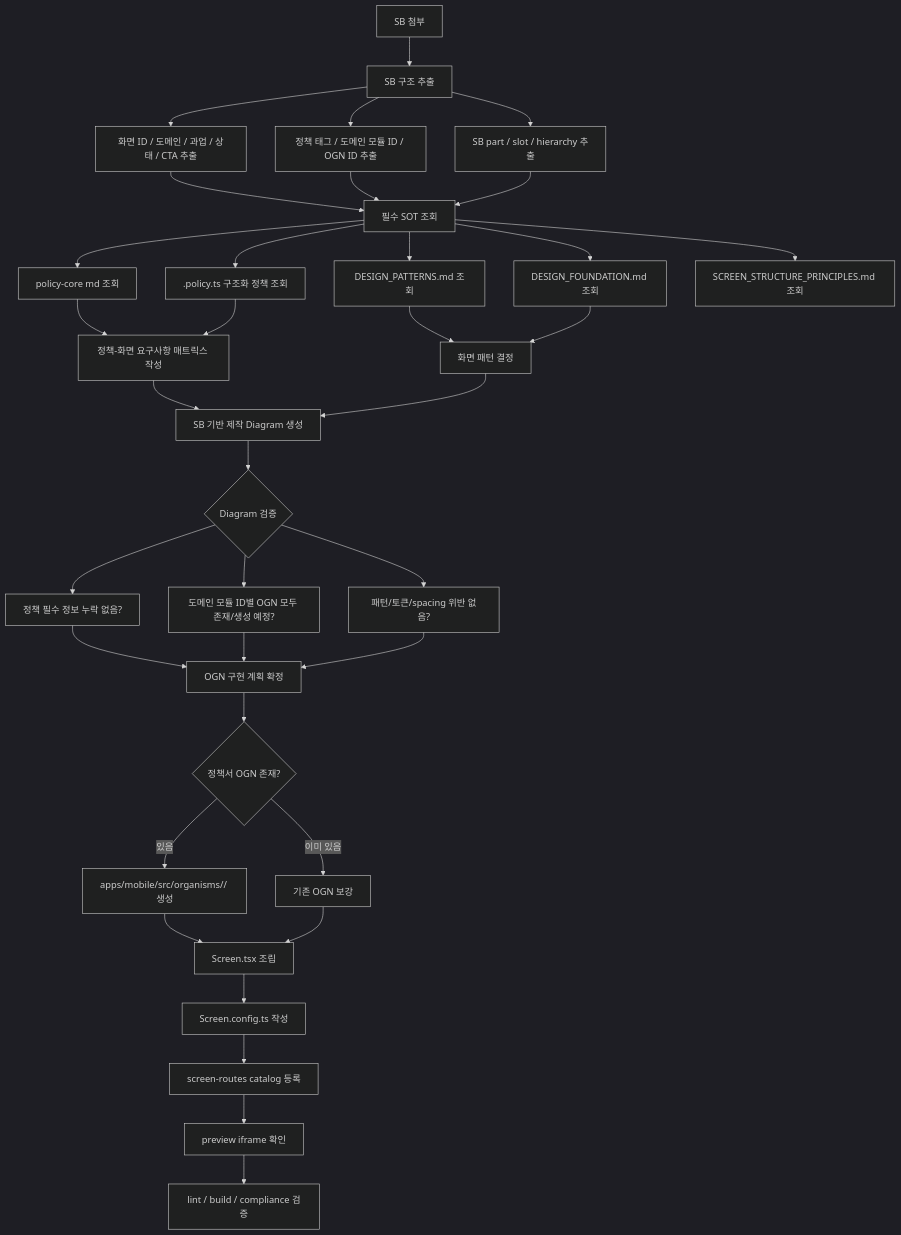
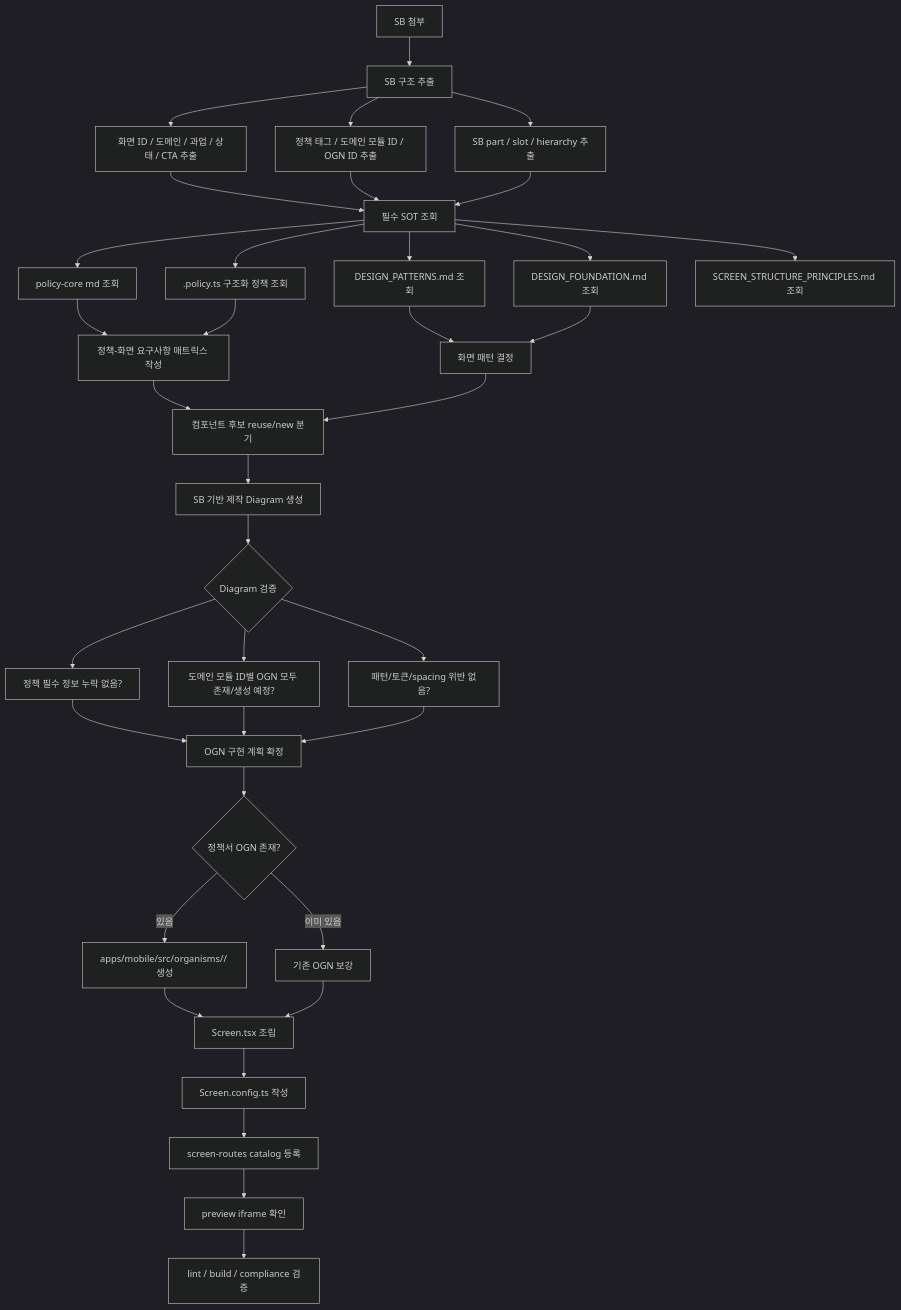
Before and after one commit to ewoooo/rnd-screen-to-screen: the diagram in SCREEN_GENERATION_FLOW.md, drawn with Mermaid (dark theme). The commit also changed other lines of this file and 24 other files, not shown here.

````diff
--- a/SCREEN_GENERATION_FLOW.md
+++ b/SCREEN_GENERATION_FLOW.md
@@ -7,46 +7,48 @@
 ```mermaid
 flowchart TD
     A["SB 첨부"] --> B["SB 구조 추출"]
     B --> B1["화면 ID / 도메인 / 과업 / 상태 / CTA 추출"]
     B --> B2["정책 태그 / 도메인 모듈 ID / OGN ID 추출"]
     B --> B3["SB part / slot / hierarchy 추출"]
 
     B1 --> C["필수 SOT 조회"]
     B2 --> C
     B3 --> C
 
     C --> C1["policy-core md 조회"]
     C --> C2[".policy.ts 구조화 정책 조회"]
     C --> C3["DESIGN_PATTERNS.md 조회"]
     C --> C4["DESIGN_FOUNDATION.md 조회"]
     C --> C5["SCREEN_STRUCTURE_PRINCIPLES.md 조회"]
 
     C1 --> D["정책-화면 요구사항 매트릭스 작성"]
     C2 --> D
     C3 --> E["화면 패턴 결정"]
     C4 --> E
 
-    D --> F["SB 기반 제작 Diagram 생성"]
-    E --> F
+    D --> E1["컴포넌트 후보 reuse/new 분기"]
+    E --> E1
+
+    E1 --> F["SB 기반 제작 Diagram 생성"]
 
     F --> G{"Diagram 검증"}
     G --> G1["정책 필수 정보 누락 없음?"]
     G --> G2["도메인 모듈 ID별 OGN 모두 존재/생성 예정?"]
     G --> G3["패턴/토큰/spacing 위반 없음?"]
 
     G1 --> H["OGN 구현 계획 확정"]
     G2 --> H
     G3 --> H
 
     H --> I{"정책서 OGN 존재?"}
     I -- "있음" --> J["apps/mobile/src/organisms/<domain>/<ogn> 생성"]
     I -- "이미 있음" --> K["기존 OGN 보강"]
 
     J --> L["Screen.tsx 조립"]
     K --> L
 
     L --> M["Screen.config.ts 작성"]
     M --> N["screen-routes catalog 등록"]
     N --> O["preview iframe 확인"]
     O --> P["lint / build / compliance 검증"]
 ```
````
